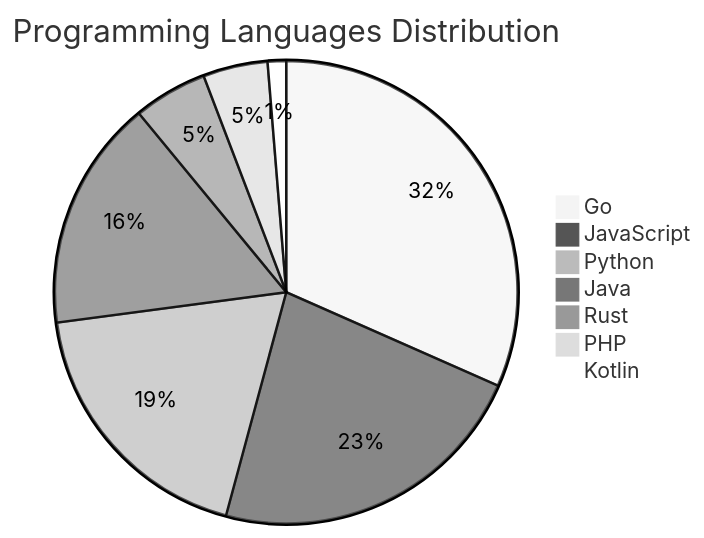
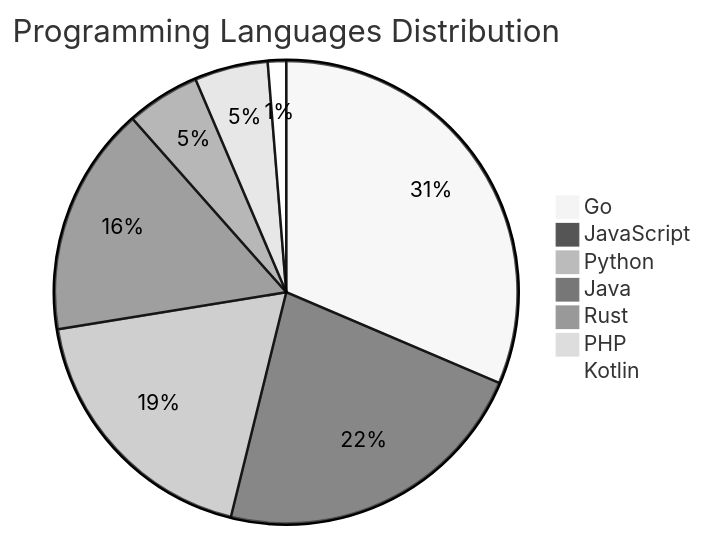
The diagram in README.md (Derrick-MUGISHA/github-activity-bot), drawn with Mermaid (neutral theme) before and after one commit. The commit also changed other lines of this file and 4 other files, not shown here.

````diff
--- a/README.md
+++ b/README.md
@@ -207,10 +207,10 @@
 ```mermaid
 pie title Programming Languages Distribution
     "Go" : 49
     "JavaScript" : 35
     "Python" : 29
     "Java" : 25
     "Rust" : 8
-    "PHP" : 7
+    "PHP" : 8
     "Kotlin" : 2
 ```
````
